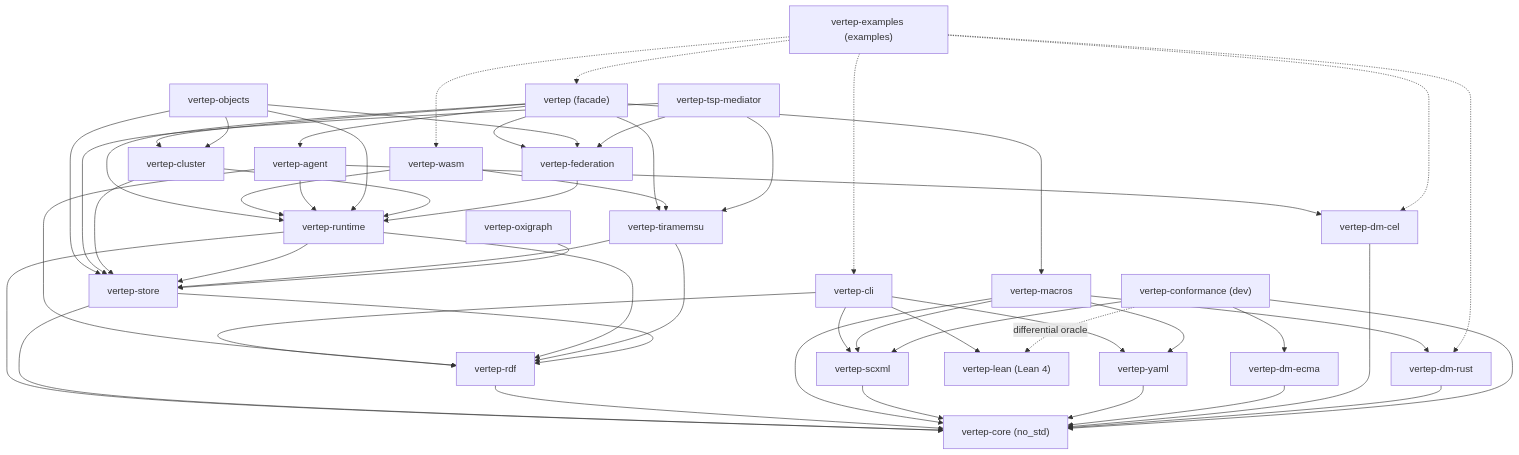
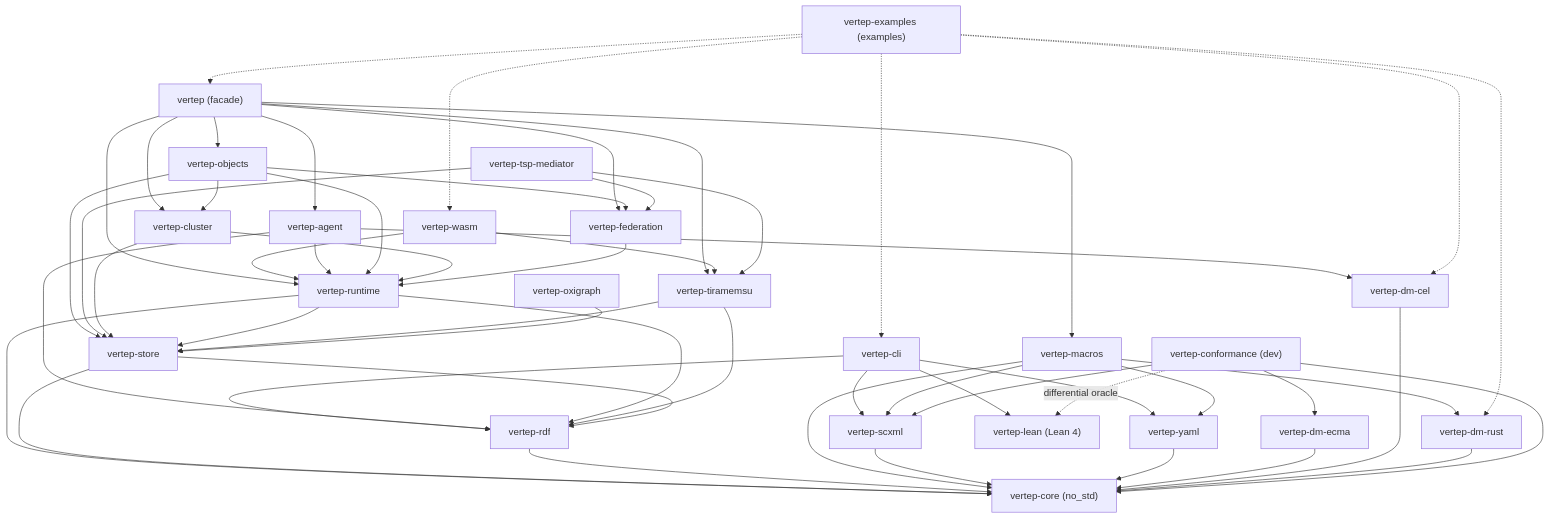
One commit to Volland/vertep changed the diagram in tg.md/components.md. Above: the diagram before and after it, drawn with Mermaid. The commit also changed other lines of this file and 16 other files, not shown here.

````diff
--- a/tg.md/components.md
+++ b/tg.md/components.md
@@ -9,49 +9,49 @@
 ```mermaid
 flowchart TD
     facade["vertep (facade)"]
     cli["vertep-cli"]
     wasm["vertep-wasm"]
     agent["vertep-agent"]
     objects["vertep-objects"]
     mediator["vertep-tsp-mediator"]
     cluster["vertep-cluster"]
     fed["vertep-federation"]
     runtime["vertep-runtime"]
     tira["vertep-tiramemsu"]
     oxi["vertep-oxigraph"]
     store["vertep-store"]
     rdf["vertep-rdf"]
     macros["vertep-macros"]
     scxml["vertep-scxml"]
     yaml["vertep-yaml"]
     ecma["vertep-dm-ecma"]
     cel["vertep-dm-cel"]
     dmrust["vertep-dm-rust"]
     core["vertep-core (no_std)"]
     conf["vertep-conformance (dev)"]
     examples["vertep-examples (examples)"]
     lean["vertep-lean (Lean 4)"]
 
-    facade --> agent & cluster & fed & runtime & macros & tira
+    facade --> agent & cluster & fed & objects & runtime & macros & tira
     cli --> scxml & yaml & rdf & lean
     wasm --> runtime & tira
     agent --> runtime & cel & rdf
     objects --> runtime & store & fed & cluster
     mediator --> fed & store & tira
     cluster --> runtime & store
     fed --> runtime
     runtime --> core & store & rdf
     tira --> store & rdf
     oxi --> store
     store --> core & rdf
     rdf --> core
     macros --> core & scxml & yaml & dmrust
     scxml --> core
     yaml --> core
     ecma --> core
     cel --> core
     dmrust --> core
     conf --> core & scxml & ecma
     conf -. differential oracle .-> lean
     examples -.-> facade & cel & dmrust & cli & wasm
 ```
````
